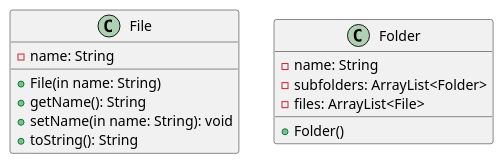
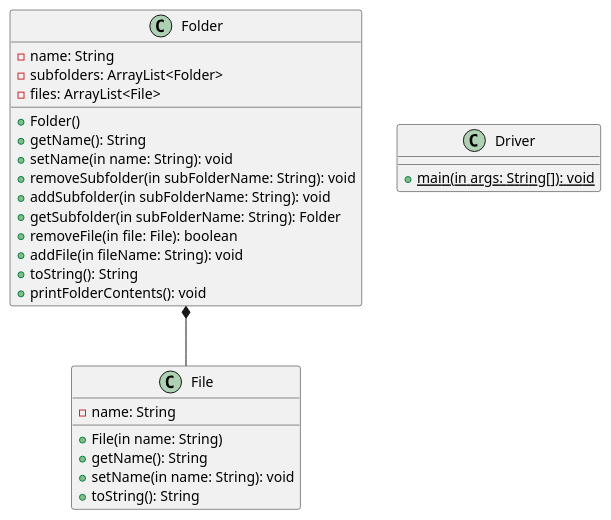
One commit to Simon-D-Nguyen/CS-4800HW3 changed the diagram in ClassDiagrams/Composition.puml. Above: the diagram before and after it, drawn with PlantUML.

Commit message:
Finished Composition.puml file for Class Diagrams

```diff
--- a/ClassDiagrams/Composition.puml
+++ b/ClassDiagrams/Composition.puml
@@ -1,24 +1,37 @@
 @startuml
 'https://plantuml.com/class-diagram
 
 class File {
 - name: String
 
 + File(in name: String)
 + getName(): String
 + setName(in name: String): void
 + toString(): String
 }
 
 
 class Folder {
 - name: String
 - subfolders: ArrayList<Folder>
 - files: ArrayList<File>
 
 + Folder()
++ getName(): String
++ setName(in name: String): void
++ removeSubfolder(in subFolderName: String): void
++ addSubfolder(in subFolderName: String): void
++ getSubfolder(in subFolderName: String): Folder
++ removeFile(in file: File): boolean
++ addFile(in fileName: String): void
++ toString(): String
++ printFolderContents(): void
+}
 
+Folder *-- File
 
+class Driver {
++ {static} main(in args: String[]): void
 }
 
 @enduml
```
